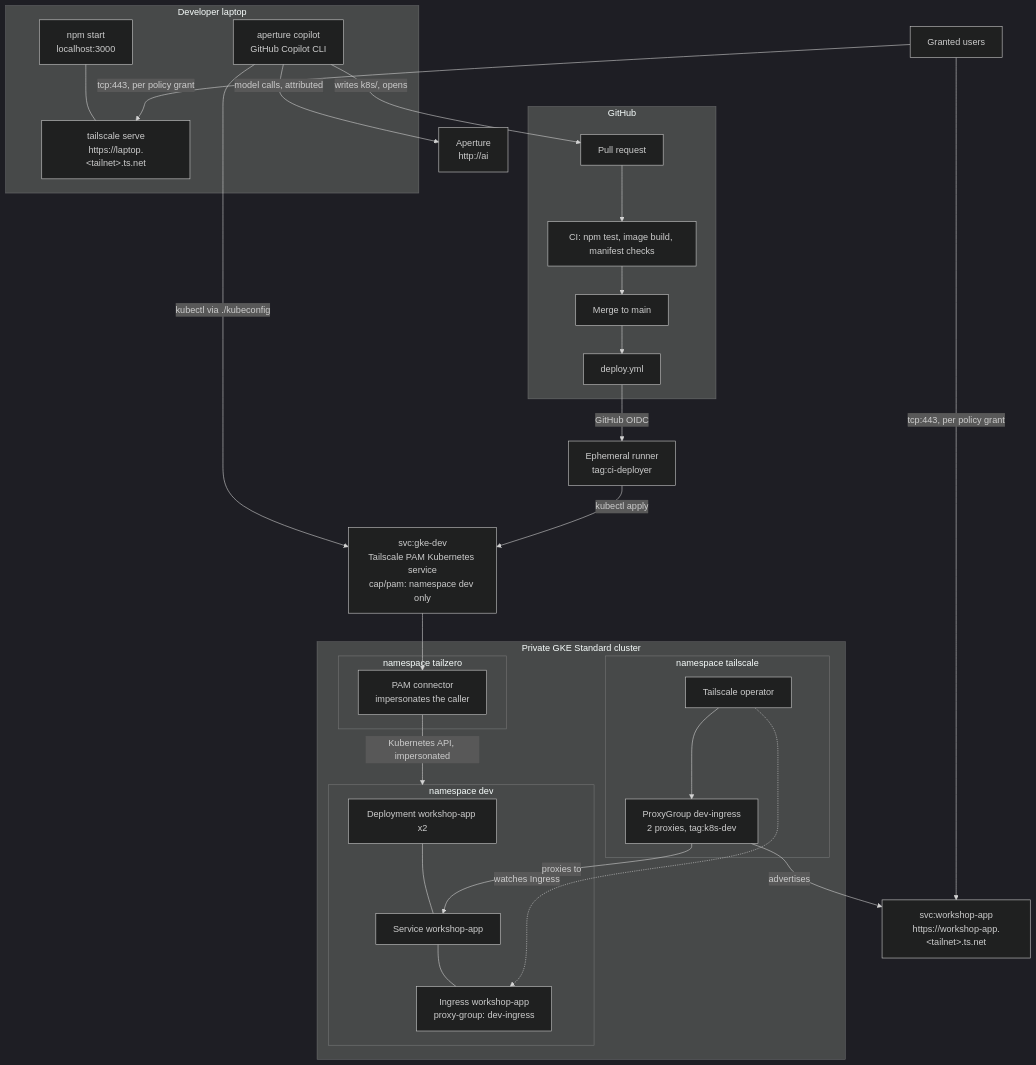
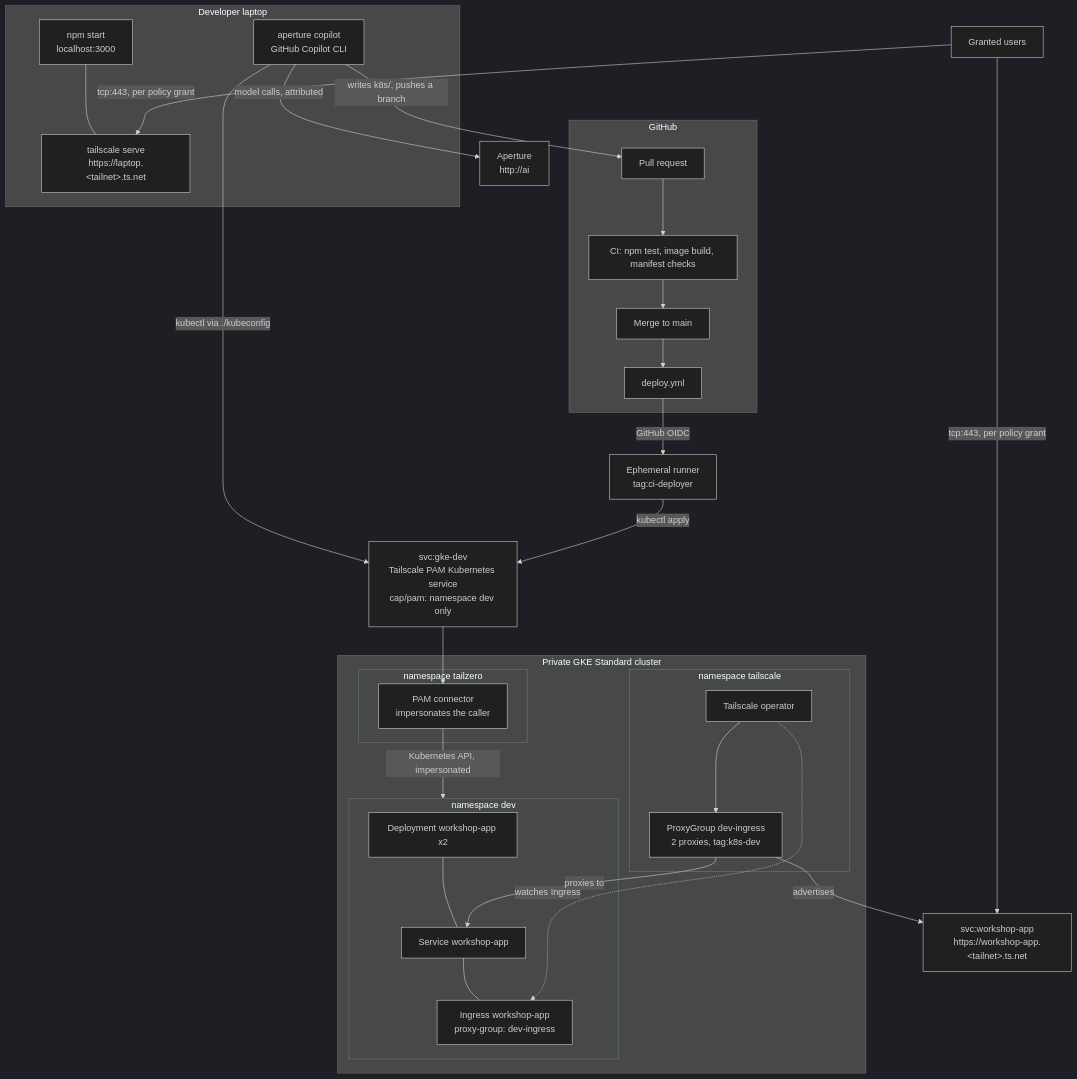
The diagram in README.md (kbpersonal/agentic-aided-deployment-workshop), drawn with Mermaid (dark theme) before and after one commit. The commit also changed other lines of this file and 16 other files, not shown here.

````diff
--- a/README.md
+++ b/README.md
@@ -20,52 +20,52 @@
 ```mermaid
 flowchart TB
   subgraph laptop["Developer laptop"]
     app["npm start<br/>localhost:3000"]
     serve["tailscale serve<br/>https://laptop.&lt;tailnet&gt;.ts.net"]
     copilot["aperture copilot<br/>GitHub Copilot CLI"]
     app --- serve
   end
 
   aperture["Aperture<br/>http://ai"]
 
   subgraph github["GitHub"]
     pr["Pull request"] --> ci["CI: npm test, image build, manifest checks"] --> merge["Merge to main"]
     merge --> deploy["deploy.yml"]
   end
 
   runner["Ephemeral runner<br/>tag:ci-deployer"]
   pam["svc:gke-dev<br/>Tailscale PAM Kubernetes service<br/>cap/pam: namespace dev only"]
 
   subgraph gke["Private GKE Standard cluster"]
     subgraph ns0["namespace tailzero"]
       connector["PAM connector<br/>impersonates the caller"]
     end
     subgraph ns1["namespace dev"]
       dep["Deployment workshop-app x2"]
       svc["Service workshop-app"]
       ing["Ingress workshop-app<br/>proxy-group: dev-ingress"]
       dep --- svc --- ing
     end
     subgraph ns2["namespace tailscale"]
       operator["Tailscale operator"]
       pg["ProxyGroup dev-ingress<br/>2 proxies, tag:k8s-dev"]
     end
   end
 
   tsvc["svc:workshop-app<br/>https://workshop-app.&lt;tailnet&gt;.ts.net"]
   team["Granted users"]
 
   copilot -- "model calls, attributed" --> aperture
-  copilot -- "writes k8s/, opens" --> pr
+  copilot -- "writes k8s/, pushes a branch" --> pr
   copilot -- "kubectl via ./kubeconfig" --> pam
   deploy -- "GitHub OIDC" --> runner
   runner -- "kubectl apply" --> pam
   pam --> connector
   connector -- "Kubernetes API, impersonated" --> ns1
   operator -. "watches Ingress" .-> ing
   operator --> pg
   pg -- "advertises" --> tsvc
   pg -- "proxies to" --> svc
   team -- "tcp:443, per policy grant" --> tsvc
   team -- "tcp:443, per policy grant" --> serve
 ```
````
